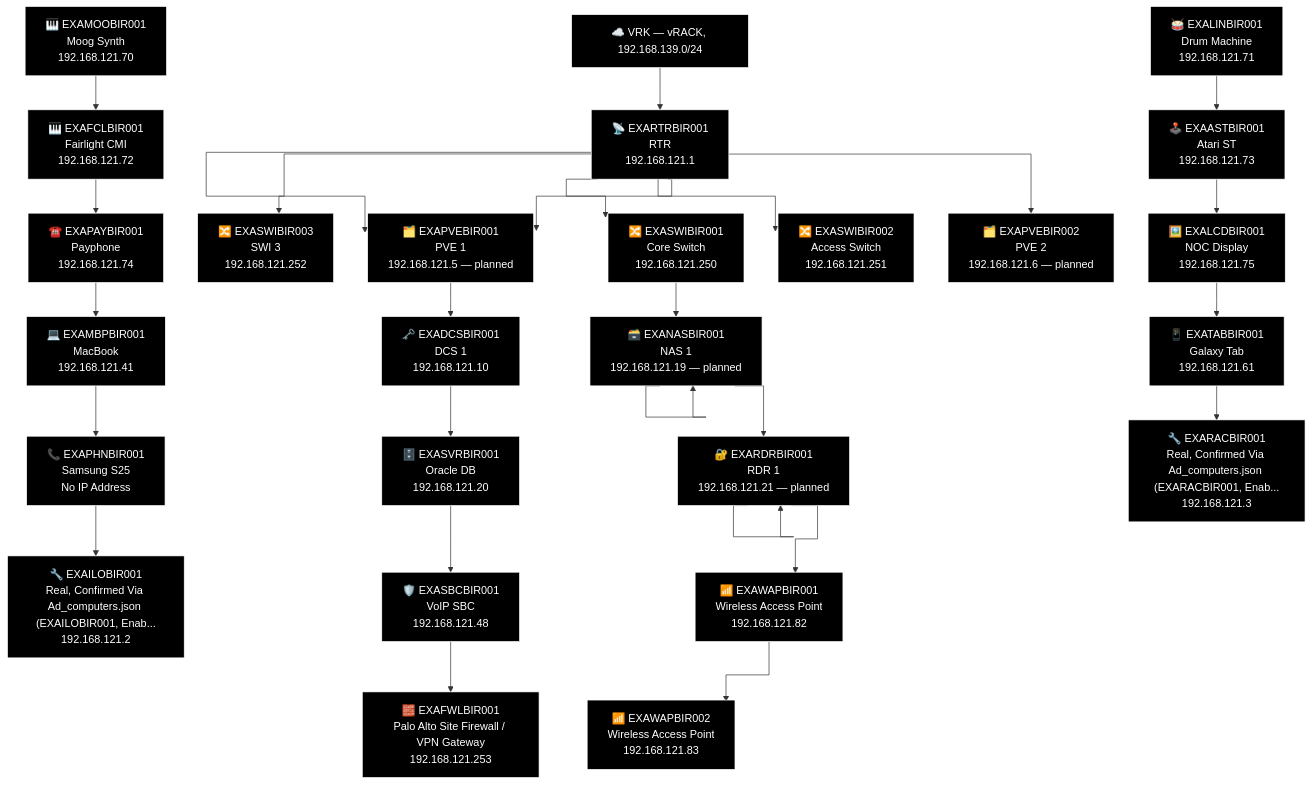
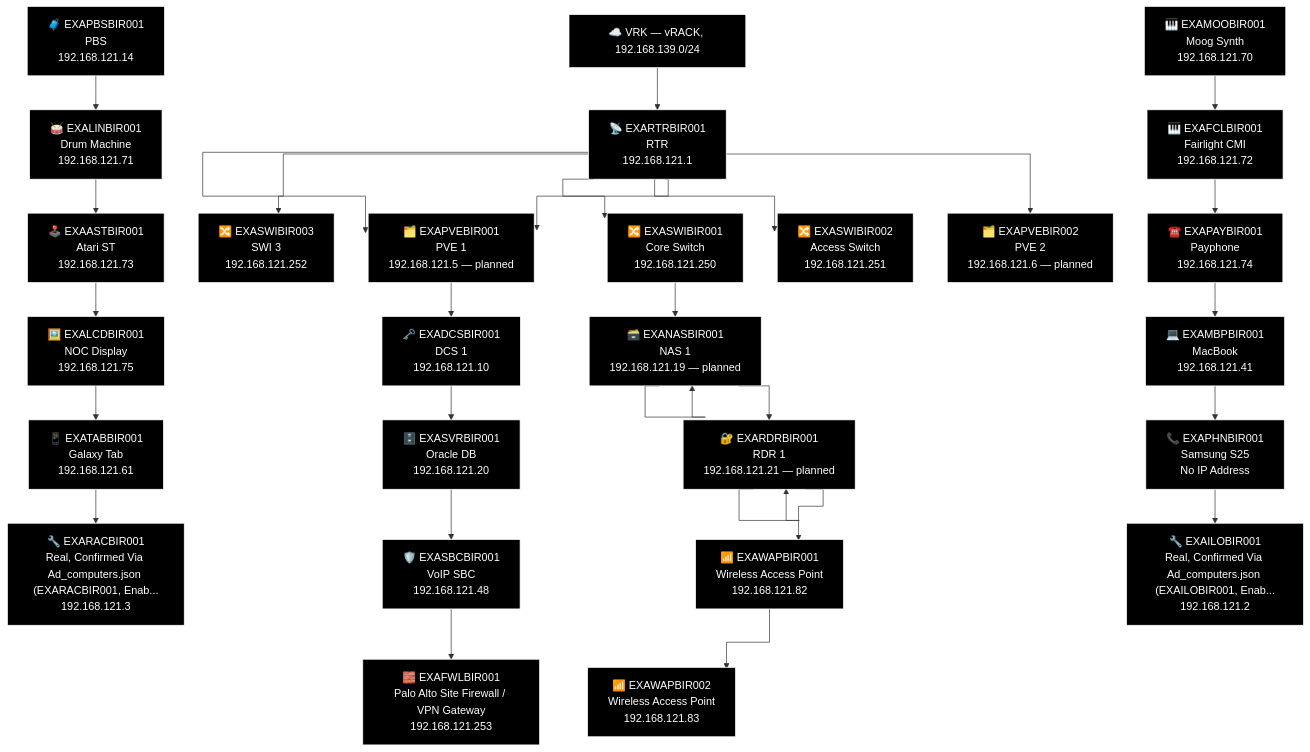
Before and after one commit to knightmare2600/example_music_infra: the sixth of 27 diagrams in docs/network-diagram/england.md, drawn with Mermaid. The commit also changed other lines of this file and 14 other files, not shown here.

First line of the commit message:
docs/network-diagram: regenerate, every site was missing its PBS node

````diff
--- a/docs/network-diagram/england.md
+++ b/docs/network-diagram/england.md
@@ -290,75 +292,77 @@
 ```mermaid
 %% GENERATED:TOPOLOGY:BIR:START
 %%{init: {'flowchart': {'curve': 'stepAfter'}}}%%
 graph TD
     T_VRK["☁️ VRK — vRACK, 192.168.139.0/24"]
     T_RTR["📡 EXARTRBIR001<br/>RTR<br/>192.168.121.1"]
     T_VRK --> T_RTR
     T_PVE["🗂️ EXAPVEBIR001<br/>PVE 1<br/>192.168.121.5"]
     T_RTR --> T_PVE
     T_SWI["🔀 EXASWIBIR003<br/>SWI 3<br/>192.168.121.252"]
     T_RTR --> T_SWI
     T_SWI2["🔀 EXASWIBIR001<br/>Core Switch<br/>192.168.121.250"]
     T_RTR --> T_SWI2
     T_SWI3["🔀 EXASWIBIR002<br/>Access Switch<br/>192.168.121.251"]
     T_RTR --> T_SWI3
     T_PVE["🗂️ EXAPVEBIR001<br/>PVE 1<br/>192.168.121.5 — planned"]
     T_RTR --> T_PVE
     T_PVE2["🗂️ EXAPVEBIR002<br/>PVE 2<br/>192.168.121.6 — planned"]
     T_RTR --> T_PVE2
     T_NAS["🗃️ EXANASBIR001<br/>NAS<br/>192.168.121.19"]
     T_NAS["🗃️ EXANASBIR001<br/>NAS 1<br/>192.168.121.19 — planned"]
     T_RDR["🔐 EXARDRBIR001<br/>RDR<br/>192.168.121.21"]
     T_RDR["🔐 EXARDRBIR001<br/>RDR 1<br/>192.168.121.21 — planned"]
     T_WAP["📶 EXAWAPBIR001<br/>Wireless Access Point<br/>192.168.121.82"]
     T_WAP2["📶 EXAWAPBIR002<br/>Wireless Access Point<br/>192.168.121.83"]
     T_SWI2 --> T_NAS --> T_NAS --> T_RDR --> T_RDR --> T_WAP --> T_WAP2
     T_DCS["🗝️ EXADCSBIR001<br/>DCS 1<br/>192.168.121.10"]
     T_SVR["🗄️ EXASVRBIR001<br/>Oracle DB<br/>192.168.121.20"]
     T_SBC["🛡️ EXASBCBIR001<br/>VoIP SBC<br/>192.168.121.48"]
     T_FWL["🧱 EXAFWLBIR001<br/>Palo Alto Site Firewall / VPN Gateway<br/>192.168.121.253"]
     T_PVE --> T_DCS --> T_SVR --> T_SBC --> T_FWL
+    T_PBS["🧳 EXAPBSBIR001<br/>PBS<br/>192.168.121.14"]
     T_MOO["🎹 EXAMOOBIR001<br/>Moog Synth<br/>192.168.121.70"]
     T_LIN["🥁 EXALINBIR001<br/>Drum Machine<br/>192.168.121.71"]
     T_FCL["🎹 EXAFCLBIR001<br/>Fairlight CMI<br/>192.168.121.72"]
     T_AST["🕹️ EXAASTBIR001<br/>Atari ST<br/>192.168.121.73"]
     T_PAY["☎️ EXAPAYBIR001<br/>Payphone<br/>192.168.121.74"]
     T_LCD["🖼️ EXALCDBIR001<br/>NOC Display<br/>192.168.121.75"]
     T_MBP["💻 EXAMBPBIR001<br/>MacBook<br/>192.168.121.41"]
     T_TAB["📱 EXATABBIR001<br/>Galaxy Tab<br/>192.168.121.61"]
     T_PHN["📞 EXAPHNBIR001<br/>Samsung S25<br/>No IP Address"]
     T_RAC["🔧 EXARACBIR001<br/>Real, Confirmed Via Ad_computers.json (EXARACBIR001, Enab...<br/>192.168.121.3"]
     T_ILO["🔧 EXAILOBIR001<br/>Real, Confirmed Via Ad_computers.json (EXAILOBIR001, Enab...<br/>192.168.121.2"]
+    T_PBS --> T_LIN --> T_AST --> T_LCD --> T_TAB --> T_RAC
     T_MOO --> T_FCL --> T_PAY --> T_MBP --> T_PHN --> T_ILO
-    T_LIN --> T_AST --> T_LCD --> T_TAB --> T_RAC
     style T_VRK fill:#000000,stroke:#FFFFFF,color:#FFFFFF
     style T_RTR fill:#000000,stroke:#FFFFFF,color:#FFFFFF
     style T_PVE fill:#000000,stroke:#FFFFFF,color:#FFFFFF
     style T_SWI fill:#000000,stroke:#FFFFFF,color:#FFFFFF
     style T_SWI2 fill:#000000,stroke:#FFFFFF,color:#FFFFFF
     style T_SWI3 fill:#000000,stroke:#FFFFFF,color:#FFFFFF
     style T_PVE fill:#000000,stroke:#FFFFFF,color:#FFFFFF
     style T_PVE2 fill:#000000,stroke:#FFFFFF,color:#FFFFFF
     style T_NAS fill:#000000,stroke:#FFFFFF,color:#FFFFFF
     style T_NAS fill:#000000,stroke:#FFFFFF,color:#FFFFFF
     style T_RDR fill:#000000,stroke:#FFFFFF,color:#FFFFFF
     style T_RDR fill:#000000,stroke:#FFFFFF,color:#FFFFFF
     style T_WAP fill:#000000,stroke:#FFFFFF,color:#FFFFFF
     style T_WAP2 fill:#000000,stroke:#FFFFFF,color:#FFFFFF
     style T_DCS fill:#000000,stroke:#FFFFFF,color:#FFFFFF
     style T_SVR fill:#000000,stroke:#FFFFFF,color:#FFFFFF
     style T_SBC fill:#000000,stroke:#FFFFFF,color:#FFFFFF
     style T_FWL fill:#000000,stroke:#FFFFFF,color:#FFFFFF
+    style T_PBS fill:#000000,stroke:#FFFFFF,color:#FFFFFF
     style T_MOO fill:#000000,stroke:#FFFFFF,color:#FFFFFF
     style T_LIN fill:#000000,stroke:#FFFFFF,color:#FFFFFF
     style T_FCL fill:#000000,stroke:#FFFFFF,color:#FFFFFF
     style T_AST fill:#000000,stroke:#FFFFFF,color:#FFFFFF
     style T_PAY fill:#000000,stroke:#FFFFFF,color:#FFFFFF
     style T_LCD fill:#000000,stroke:#FFFFFF,color:#FFFFFF
     style T_MBP fill:#000000,stroke:#FFFFFF,color:#FFFFFF
     style T_TAB fill:#000000,stroke:#FFFFFF,color:#FFFFFF
     style T_PHN fill:#000000,stroke:#FFFFFF,color:#FFFFFF
     style T_RAC fill:#000000,stroke:#FFFFFF,color:#FFFFFF
     style T_ILO fill:#000000,stroke:#FFFFFF,color:#FFFFFF
 %% GENERATED:TOPOLOGY:BIR:END
 ```
````
